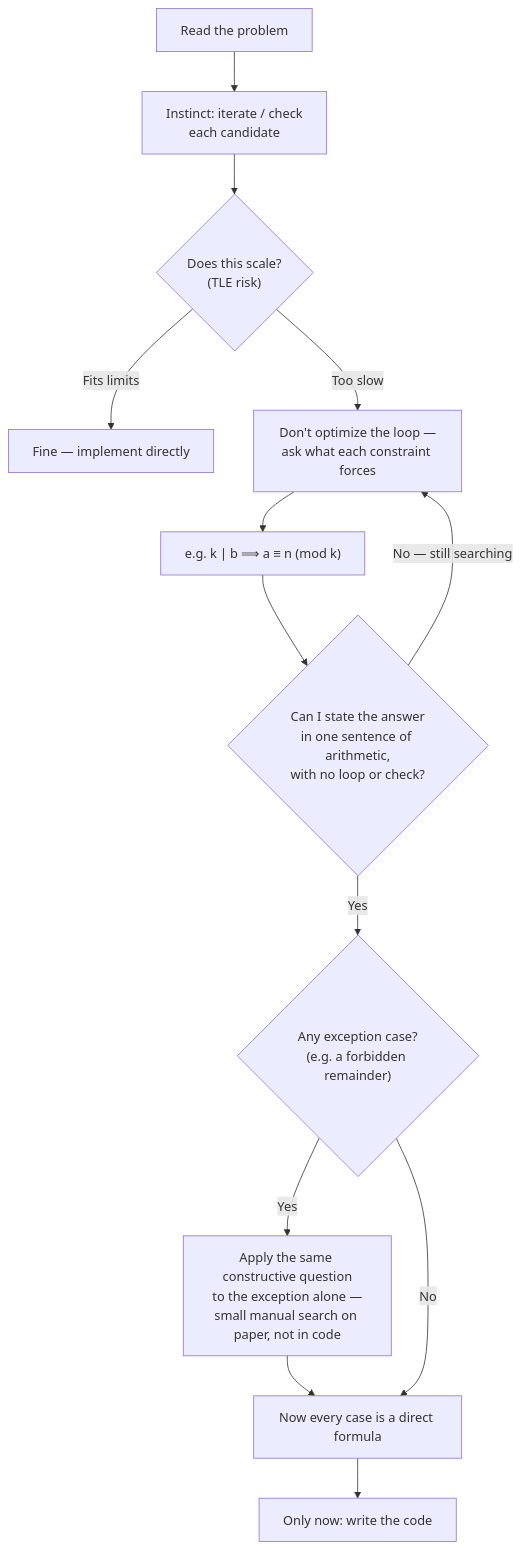
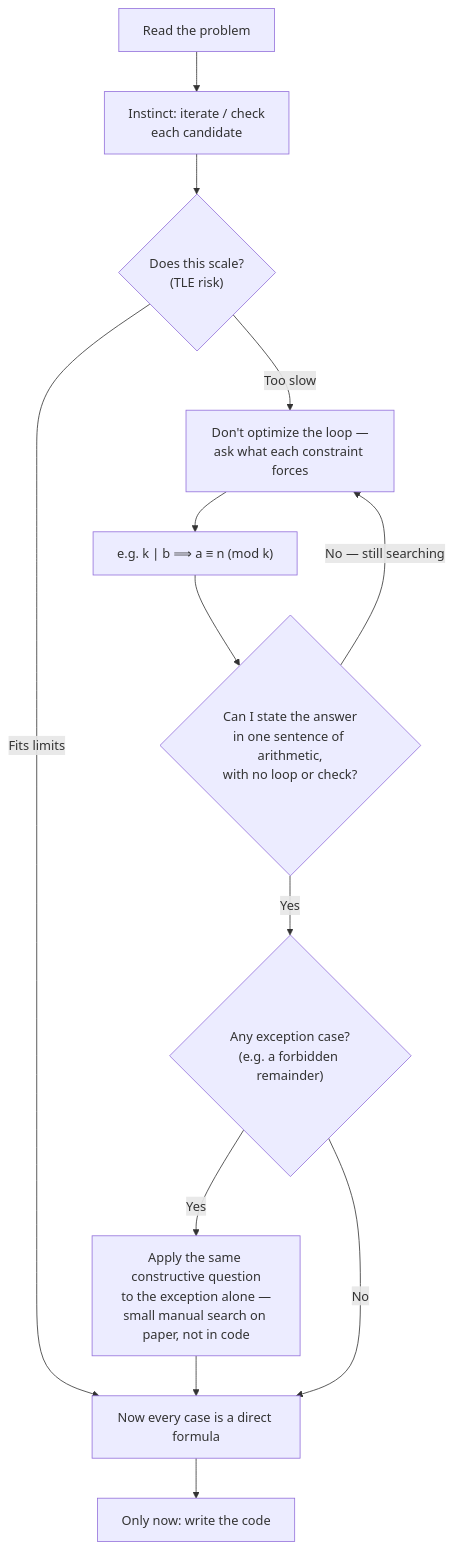
One commit to Mojahidul21/My-Competitive-Programming-Journey changed the diagram in General Tricks & Techniques/Contest Strategy/Contest Math Thinking.md. Above: the diagram before and after it, drawn with Mermaid.

Commit message:
Update Contest Math Thinking.md

````diff
--- a/General Tricks & Techniques/Contest Strategy/Contest Math Thinking.md
+++ b/General Tricks & Techniques/Contest Strategy/Contest Math Thinking.md
@@ -87,15 +87,15 @@
 ```mermaid
 flowchart TD
     A["Read the problem"] --> B["Instinct: iterate / check<br/>each candidate"]
     B --> C{"Does this scale?<br/>(TLE risk)"}
-    C -- "Fits limits" --> Z["Fine — implement directly"]
+    C -- "Fits limits" --> I
     C -- "Too slow" --> D["Don't optimize the loop —<br/>ask what each constraint forces"]
     D --> E["e.g. k ∣ b  ⟹  a ≡ n (mod k)"]
     E --> F{"Can I state the answer<br/>in one sentence of arithmetic,<br/>with no loop or check?"}
     F -- "No — still searching" --> D
     F -- "Yes" --> G{"Any exception case?<br/>(e.g. a forbidden remainder)"}
     G -- "Yes" --> H["Apply the same constructive question<br/>to the exception alone —<br/>small manual search on paper, not in code"]
     H --> I["Now every case is a direct formula"]
     G -- "No" --> I
     I --> J["Only now: write the code"]
 ```
````
